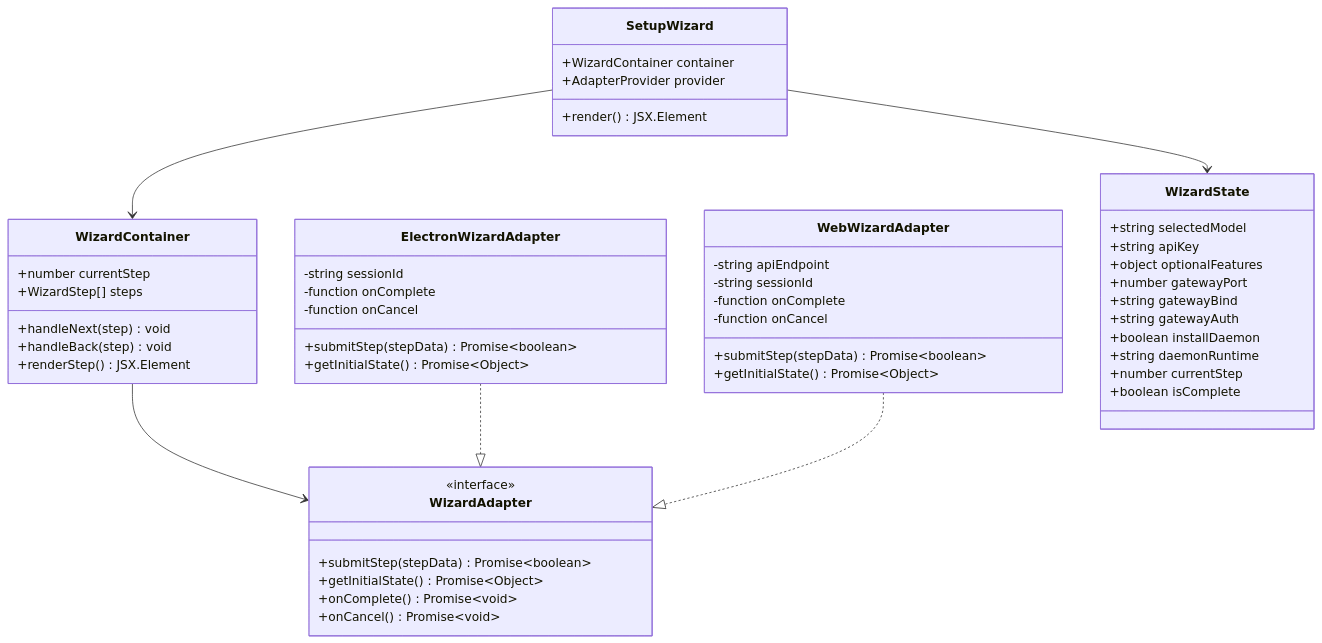
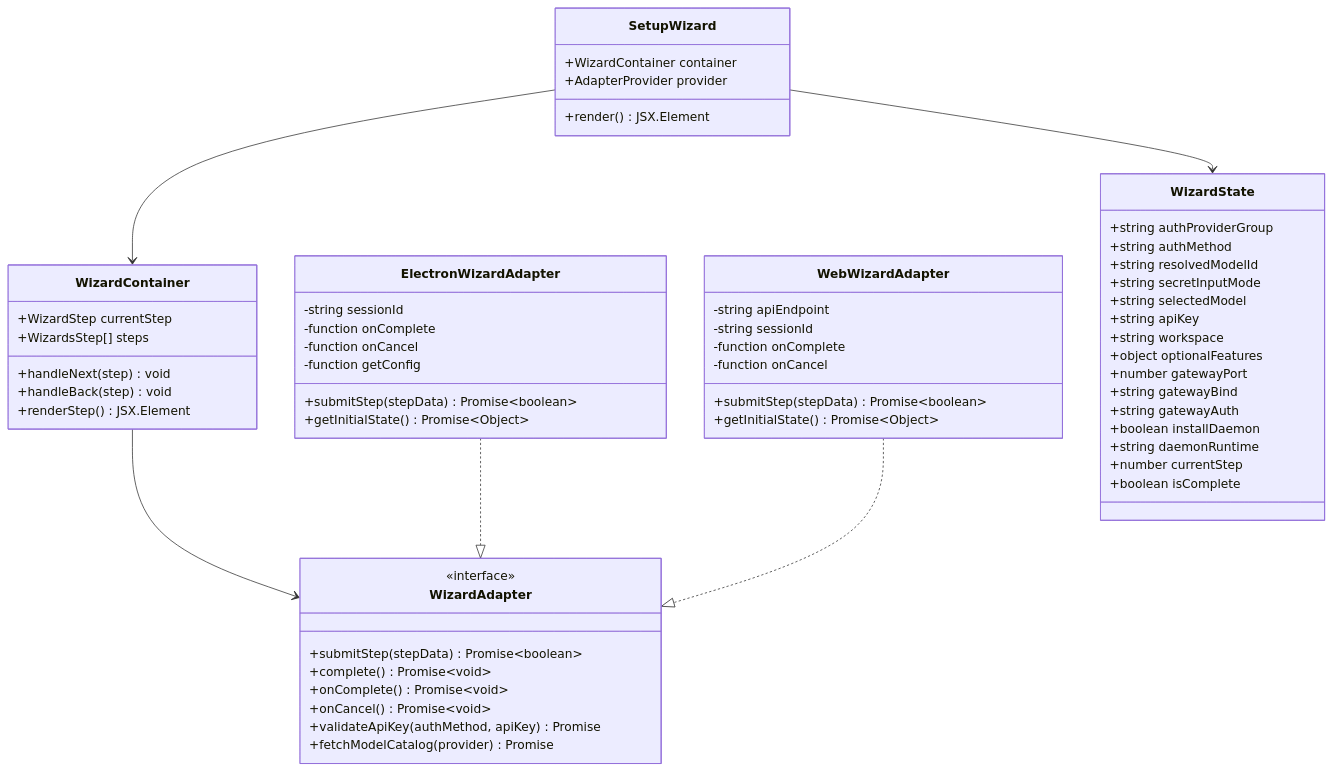
Before and after one commit to verse-ai-org/openclaw: the second of 11 diagrams in .qoder/repowiki/zh/content/设置向导设计文档.md, drawn with Mermaid. The commit also changed other lines of this file and 78 other files, not shown here.

````diff
--- a/.qoder/repowiki/zh/content/设置向导设计文档.md
+++ b/.qoder/repowiki/zh/content/设置向导设计文档.md
@@ -78,54 +100,62 @@
 ```mermaid
 classDiagram
 class SetupWizard {
 +WizardContainer container
 +AdapterProvider provider
 +render() JSX.Element
 }
 class WizardContainer {
-+number currentStep
-+WizardStep[] steps
++WizardStep currentStep
++WizardsStep[] steps
 +handleNext(step) void
 +handleBack(step) void
 +renderStep() JSX.Element
 }
 class WizardAdapter {
 <<interface>>
 +submitStep(stepData) Promise~boolean~
-+getInitialState() Promise~Object~
++complete() Promise~void~
 +onComplete() Promise~void~
 +onCancel() Promise~void~
++validateApiKey(authMethod, apiKey) Promise
++fetchModelCatalog(provider) Promise
 }
 class ElectronWizardAdapter {
 -string sessionId
 -function onComplete
 -function onCancel
+-function getConfig
 +submitStep(stepData) Promise~boolean~
 +getInitialState() Promise~Object~
 }
 class WebWizardAdapter {
 -string apiEndpoint
 -string sessionId
 -function onComplete
 -function onCancel
 +submitStep(stepData) Promise~boolean~
 +getInitialState() Promise~Object~
 }
 class WizardState {
++string authProviderGroup
++string authMethod
++string resolvedModelId
++string secretInputMode
 +string selectedModel
 +string apiKey
++string workspace
 +object optionalFeatures
 +number gatewayPort
 +string gatewayBind
 +string gatewayAuth
 +boolean installDaemon
 +string daemonRuntime
 +number currentStep
 +boolean isComplete
 }
 SetupWizard --> WizardContainer
 WizardContainer --> WizardAdapter
 ElectronWizardAdapter ..|> WizardAdapter
 WebWizardAdapter ..|> WizardAdapter
 SetupWizard --> WizardState
 ```
````
